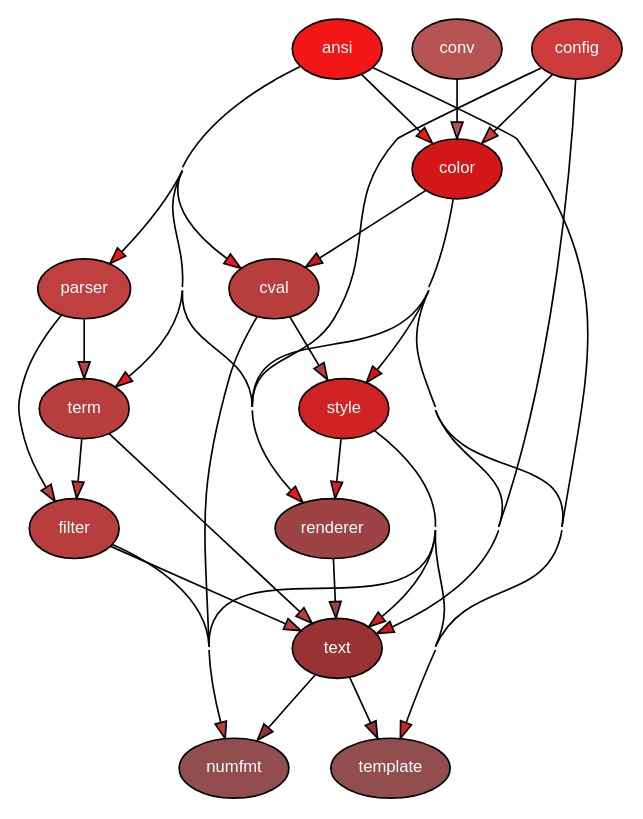
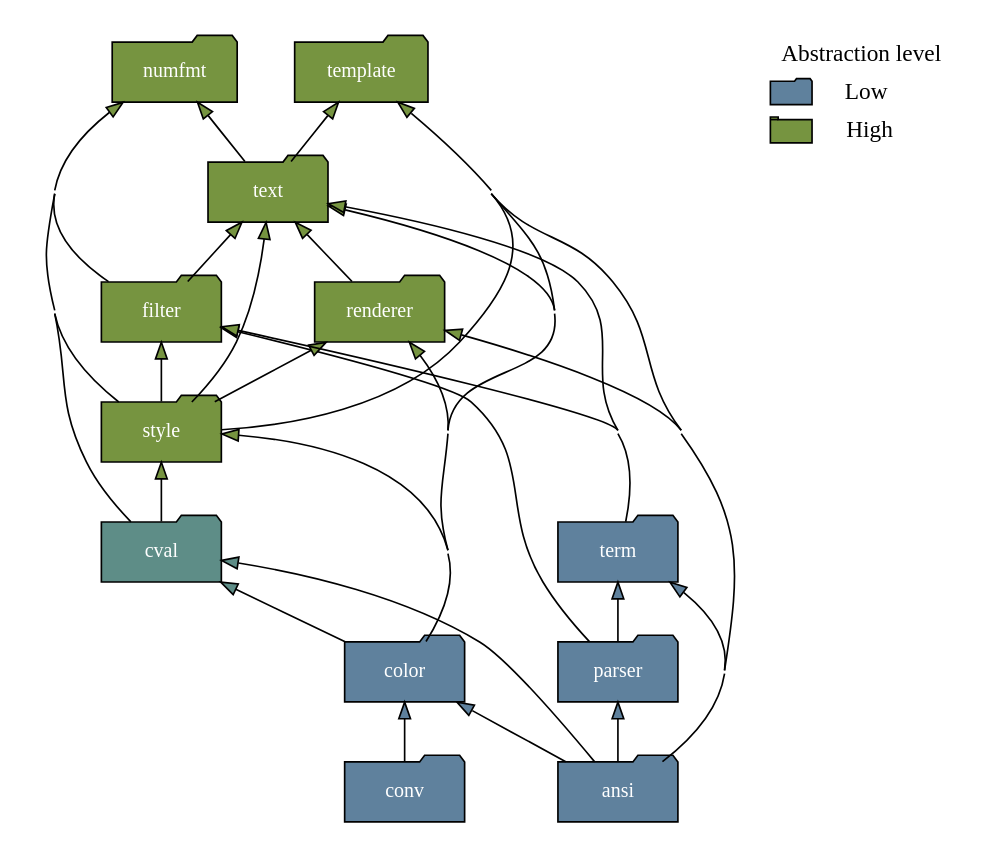
The diagram in docs/_generated/module.dot (delameter/pytermor), drawn with Graphviz before and after one commit. The commit also changed 41 other files, not shown here.

```diff
--- a/docs/_generated/module.dot
+++ b/docs/_generated/module.dot
@@ -1,51 +1,64 @@
+digraph G {
+    pad = 0.25;
+    concentrate = true;
+    ranksep = .5;
+    pack = 0;
+    rankdir = BT;
 
-digraph G {
-    concentrate = true;
+    node [style="filled",fontname="ElementaCyr-Bold",margin="0.2,0.0",fontsize=12,shape=folder,width=1.0,height=.5];
 
-    rankdir = TB;
-    node [style=filled,fillcolor="#ffffff",fontcolor="#000000",fontname=Helvetica,fontsize=10];
+    subgraph legend {
+        node [fontname="Finlandica",fontsize=14];
+        edge [style="invis"];
 
-    pytermor_ansi [fillcolor="#f31616",fontcolor="#ffffff",label="ansi"];
-    pytermor_color [fillcolor="#d31717",fontcolor="#ffffff",label="color"];
-    pytermor_config [fillcolor="#ce3b3b",fontcolor="#ffffff",label="config"];
-    pytermor_conv [fillcolor="#b65353",fontcolor="#ffffff",label="conv"];
-    pytermor_cval [fillcolor="#b83d3d",fontcolor="#ffffff",label="cval"];
-    pytermor_filter [fillcolor="#b83d3d",fontcolor="#ffffff",label="filter"];
-    pytermor_numfmt [fillcolor="#924e4e",fontcolor="#ffffff",label="numfmt"];
-    pytermor_parser [fillcolor="#c04040",fontcolor="#ffffff",label="parser"];
-    pytermor_renderer [fillcolor="#9d4343",fontcolor="#ffffff",label="renderer"];
-    pytermor_style [fillcolor="#d02424",fontcolor="#ffffff",label="style"];
-    pytermor_template [fillcolor="#924e4e",fontcolor="#ffffff",label="template"];
-    pytermor_term [fillcolor="#b83d3d",fontcolor="#ffffff",label="term"];
-    pytermor_text [fillcolor="#993333",fontcolor="#ffffff",label="text"];
-    pytermor_ansi -> pytermor_color [fillcolor="#f31616"];
-    pytermor_ansi -> pytermor_cval [fillcolor="#f31616"];
-    pytermor_ansi -> pytermor_parser [fillcolor="#f31616"];
-    pytermor_ansi -> pytermor_renderer [fillcolor="#f31616"];
-    pytermor_ansi -> pytermor_template [fillcolor="#f31616"];
-    pytermor_ansi -> pytermor_term [fillcolor="#f31616"];
-    pytermor_color -> pytermor_cval [fillcolor="#d31717"];
-    pytermor_color -> pytermor_renderer [fillcolor="#d31717"];
-    pytermor_color -> pytermor_style [fillcolor="#d31717"];
-    pytermor_color -> pytermor_template [fillcolor="#d31717"];
-    pytermor_color -> pytermor_text [fillcolor="#d31717"];
-    pytermor_config -> pytermor_color [fillcolor="#ce3b3b"];
-    pytermor_config -> pytermor_renderer [fillcolor="#ce3b3b"];
-    pytermor_config -> pytermor_text [fillcolor="#ce3b3b"];
-    pytermor_conv -> pytermor_color [fillcolor="#b65353"];
-    pytermor_cval -> pytermor_numfmt [fillcolor="#b83d3d"];
-    pytermor_cval -> pytermor_style [fillcolor="#b83d3d"];
-    pytermor_filter -> pytermor_numfmt [fillcolor="#b83d3d"];
-    pytermor_filter -> pytermor_text [fillcolor="#b83d3d"];
-    pytermor_parser -> pytermor_filter [fillcolor="#c04040"];
-    pytermor_parser -> pytermor_term [fillcolor="#c04040"];
-    pytermor_renderer -> pytermor_text [fillcolor="#9d4343"];
-    pytermor_style -> pytermor_numfmt [fillcolor="#d02424"];
-    pytermor_style -> pytermor_renderer [fillcolor="#d02424"];
-    pytermor_style -> pytermor_template [fillcolor="#d02424"];
-    pytermor_style -> pytermor_text [fillcolor="#d02424"];
-    pytermor_term -> pytermor_filter [fillcolor="#b83d3d"];
-    pytermor_term -> pytermor_text [fillcolor="#b83d3d"];
-    pytermor_text -> pytermor_numfmt [fillcolor="#993333"];
-    pytermor_text -> pytermor_template [fillcolor="#993333"];
+        legend_name [shape=plain,fontcolor="#000000",fillcolor="none",label="Abstraction level"];
+        legend_low [shape=plain,fontcolor="#000000",fillcolor="none",label="Low"];
+        legend_high [shape=plain,fontcolor="#000000",fillcolor="none",label="High"];
+        icon_low [shape=folder,label="",fillcolor="#5f819d",width=.35,height=.2]
+        icon_high [shape=tab,label="",fillcolor="#769440",width=.35,height=.2];
+
+        icon_low -> legend_low [constraint=true,minlen=0];
+        icon_high -> legend_high [constraint=true,minlen=0];
+    }
+
+    pytermor_ansi [group="low",fillcolor="#5f819d",fontcolor="#ffffff",label="ansi"];
+    pytermor_color [group="low",fillcolor="#5f819d",fontcolor="#ffffff",label="color"];
+    pytermor_conv [group="low",fillcolor="#5f819d",fontcolor="#ffffff",label="conv"];
+    pytermor_cval [group="high",fillcolor="#5e8d87",fontcolor="#ffffff",label="cval"];
+    pytermor_filter [group="high",fillcolor="#769440",fontcolor="#ffffff",label="filter"];
+    pytermor_numfmt [group="high",fillcolor="#769440",fontcolor="#ffffff",label="numfmt"];
+    pytermor_parser [group="low",fillcolor="#5f819d",fontcolor="#ffffff",label="parser"];
+    pytermor_renderer [group="high",fillcolor="#769440",fontcolor="#ffffff",label="renderer"];
+    pytermor_style [group="high",fillcolor="#769440",fontcolor="#ffffff",label="style"];
+    pytermor_template [group="high",fillcolor="#769440",fontcolor="#ffffff",label="template"];
+    pytermor_term [group="low",fillcolor="#5f819d",fontcolor="#ffffff",label="term"];
+    pytermor_text [group="high",fillcolor="#769440",fontcolor="#ffffff",label="text"];
+    pytermor_ansi -> pytermor_color [fillcolor="#5f819d"];
+    pytermor_ansi -> pytermor_cval [fillcolor="#5e8d87"];
+    pytermor_ansi -> pytermor_parser [fillcolor="#5f819d"];
+    pytermor_ansi -> pytermor_renderer [fillcolor="#769440"];
+    pytermor_ansi -> pytermor_template [fillcolor="#769440"];
+    pytermor_ansi -> pytermor_term [fillcolor="#5f819d"];
+    pytermor_color -> pytermor_cval [fillcolor="#5e8d87"];
+    pytermor_color -> pytermor_renderer [fillcolor="#769440"];
+    pytermor_color -> pytermor_style [fillcolor="#769440"];
+    pytermor_color -> pytermor_template [fillcolor="#769440"];
+    pytermor_color -> pytermor_text [fillcolor="#769440"];
+    pytermor_conv -> pytermor_color [fillcolor="#5f819d"];
+    pytermor_cval -> pytermor_numfmt [fillcolor="#769440"];
+    pytermor_cval -> pytermor_style [fillcolor="#769440"];
+    pytermor_filter -> pytermor_numfmt [fillcolor="#769440"];
+    pytermor_filter -> pytermor_text [fillcolor="#769440"];
+    pytermor_parser -> pytermor_filter [fillcolor="#769440"];
+    pytermor_parser -> pytermor_term [fillcolor="#5f819d"];
+    pytermor_renderer -> pytermor_text [fillcolor="#769440"];
+    pytermor_style -> pytermor_filter [fillcolor="#769440"];
+    pytermor_style -> pytermor_numfmt [fillcolor="#769440"];
+    pytermor_style -> pytermor_renderer [fillcolor="#769440"];
+    pytermor_style -> pytermor_template [fillcolor="#769440"];
+    pytermor_style -> pytermor_text [fillcolor="#769440"];
+    pytermor_term -> pytermor_filter [fillcolor="#769440"];
+    pytermor_term -> pytermor_text [fillcolor="#769440"];
+    pytermor_text -> pytermor_numfmt [fillcolor="#769440"];
+    pytermor_text -> pytermor_template [fillcolor="#769440"];
 }
```
